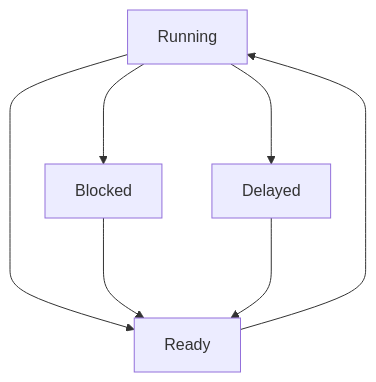
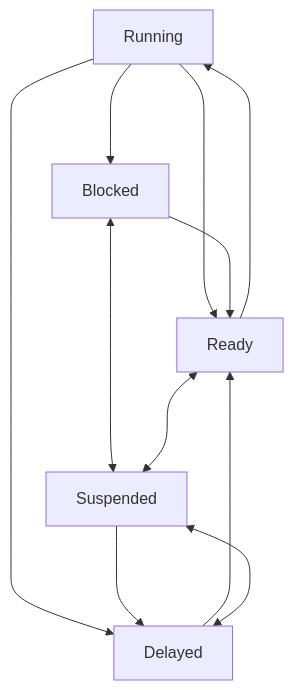
One commit to trulycaffeinated/RIT2025-26 changed the diagram in S8/CPET 461 - RTOS/Week 2 - 1.21.2026.md. Above: the diagram before and after it, drawn with Mermaid. The commit also changed other lines of this file, not shown here.

````diff
--- a/S8/CPET 461 - RTOS/Week 2 - 1.21.2026.md
+++ b/S8/CPET 461 - RTOS/Week 2 - 1.21.2026.md
@@ -2,9 +2,13 @@
 ```mermaid
 flowchart TB
 	A[Running] ---> B[Ready]
 	B ---> A
 	A ---> C[Blocked]
 	A ---> D[Delayed]
 	C ---> B
 	D ---> B
+	E[Suspended] ---> D
+	D <---> E
+	C <---> E
+	B <---> E
 ```
````
